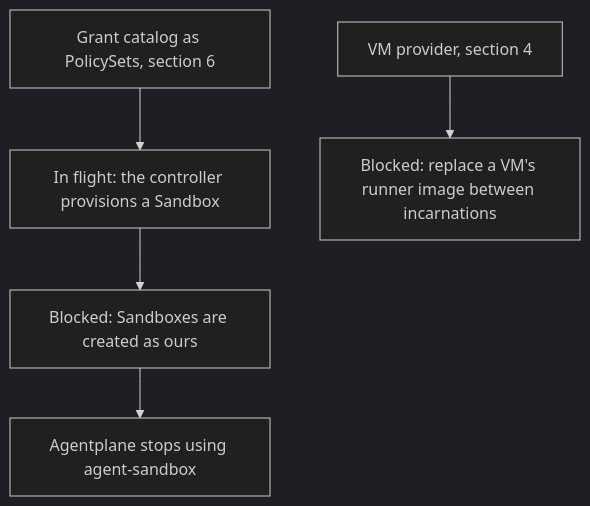
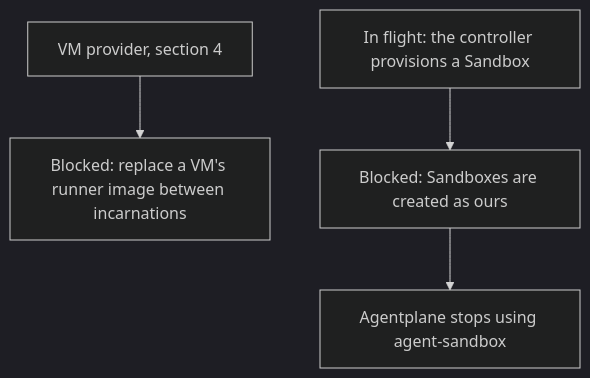
Before and after one commit to agentydragon-agent/ducktape: the tenth of 14 diagrams in agentplane/plans/task_dag.md, drawn with Mermaid (dark theme). The commit also changed other lines of this file and 7 other files, not shown here.

````diff
--- a/agentplane/plans/task_dag.md
+++ b/agentplane/plans/task_dag.md
@@ -666,9 +658,8 @@
 ```mermaid
 flowchart TD
     SANDBOX_CONTROLLER_PROVISIONING[In flight: the controller provisions a Sandbox]
-    KUBERNETES_POLICY_SETS[Grant catalog as PolicySets, section 6] --> SANDBOX_CONTROLLER_PROVISIONING
     VM_PROVIDER[VM provider, section 4] --> SANDBOX_IMAGE_REPLACE[Blocked: replace a VM's runner image between incarnations]
     SANDBOX_CREATE_CUTOVER[Blocked: Sandboxes are created as ours]
     SANDBOX_CONTROLLER_PROVISIONING --> SANDBOX_CREATE_CUTOVER
     SANDBOX_CREATE_CUTOVER --> AGENT_SANDBOX_RETIRE[Agentplane stops using agent-sandbox]
 ```
````
